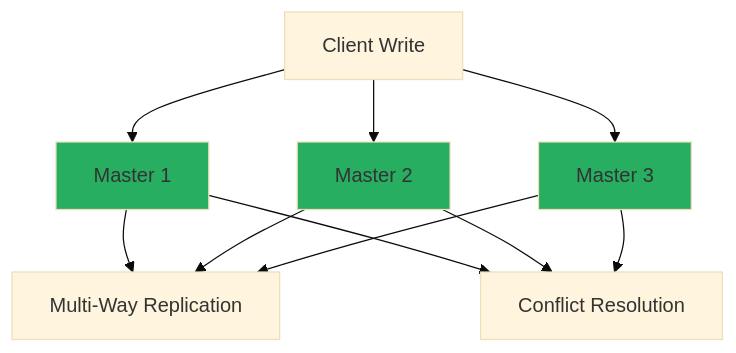
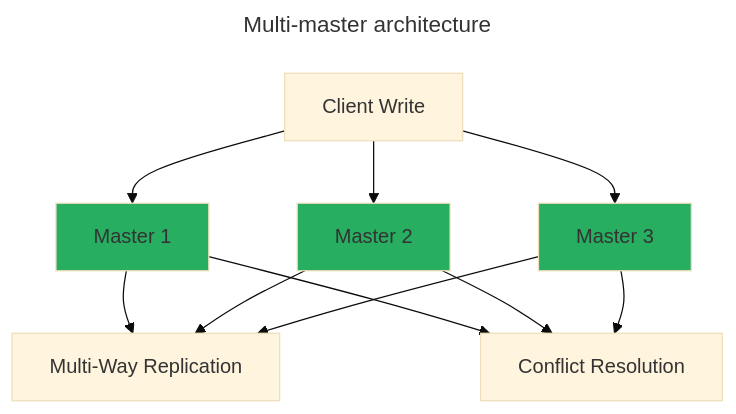
The third of 4 diagrams in software-engineer/паттерны/scaling/replication.md (mrtxee/enterprise-developer-almanac), drawn with Mermaid (base theme) before and after one commit. The commit also changed other lines of this file and 18 other files, not shown here.

````diff
--- a/software-engineer/паттерны/scaling/replication.md
+++ b/software-engineer/паттерны/scaling/replication.md
@@ -86,18 +97,21 @@
 ```mermaid
+---
+title: Multi-master architecture
+---
 graph TD
     A[Client Write] --> B[Master 1]
     A --> C[Master 2]
     A --> D[Master 3]
     
     B --> E[Multi-Way Replication]
     C --> E
     D --> E
     
     B --> F[Conflict Resolution]
     C --> F
     D --> F
     
     style B fill:#27ae60
     style C fill:#27ae60
     style D fill:#27ae60
 ```
````
